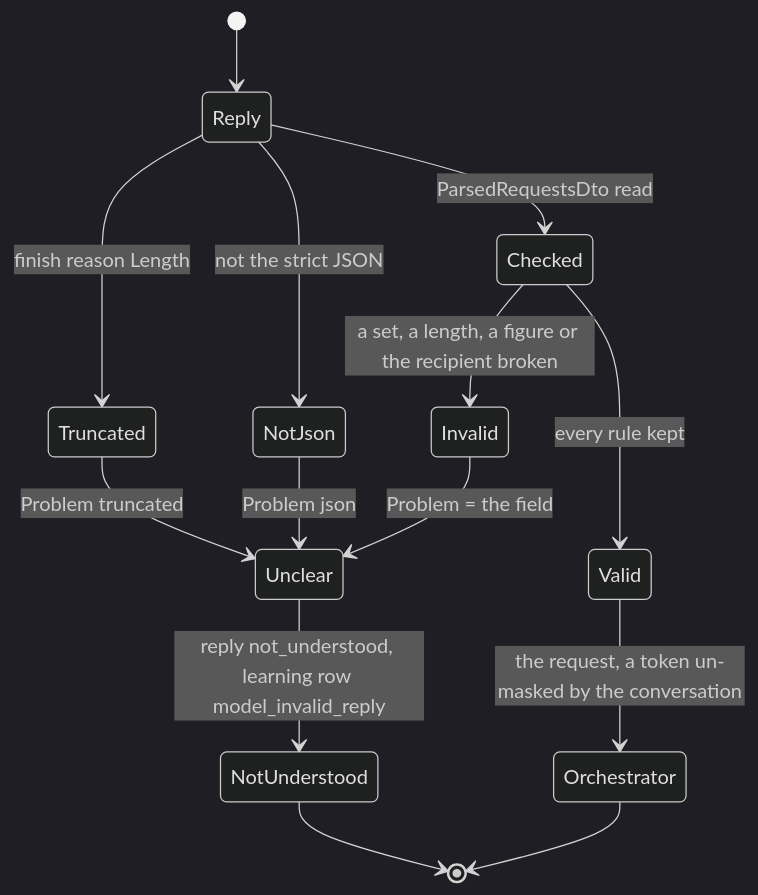
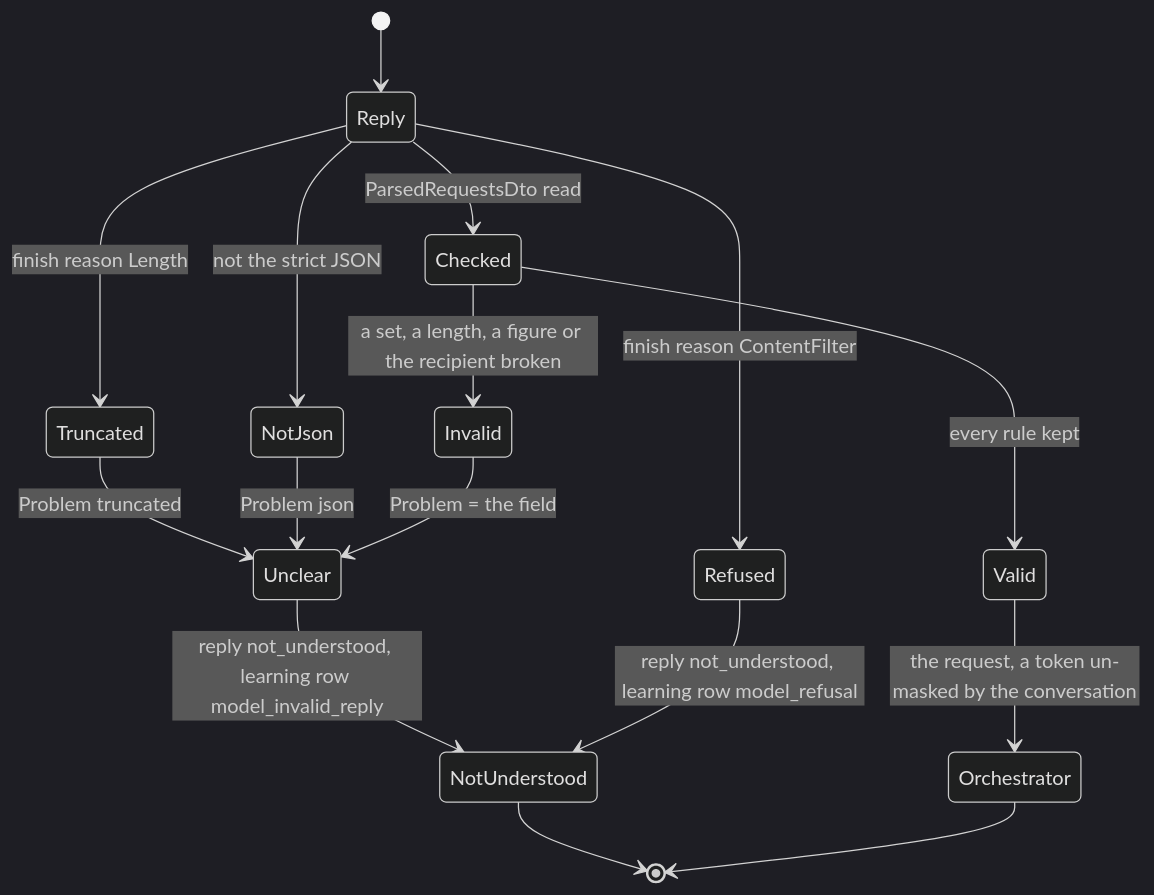
One commit to Khalil-Alhadidi/Naqoli changed the second of 2 diagrams in docs/agent-model.md. Above: the diagram before and after it, drawn with Mermaid (dark theme). The commit also changed other lines of this file and 10 other files, not shown here.

Commit message:
feat(agent): a model refusal is its own path: not_understood, traced and logged as model_refusal (Khalil, 16 Oct 2026)

````diff
--- a/docs/agent-model.md
+++ b/docs/agent-model.md
@@ -84,16 +84,18 @@
 ```mermaid
 stateDiagram-v2
     [*] --> Reply
     Reply --> Truncated: finish reason Length
+    Reply --> Refused: finish reason ContentFilter
     Reply --> NotJson: not the strict JSON
     Reply --> Checked: ParsedRequestsDto read
     Checked --> Invalid: a set, a length, a figure or the recipient broken
     Checked --> Valid: every rule kept
     Truncated --> Unclear: Problem truncated
     NotJson --> Unclear: Problem json
     Invalid --> Unclear: Problem = the field
     Unclear --> NotUnderstood: reply not_understood, learning row model_invalid_reply
+    Refused --> NotUnderstood: reply not_understood, learning row model_refusal
     Valid --> Orchestrator: the request, a token un-masked by the conversation
     NotUnderstood --> [*]
     Orchestrator --> [*]
 ```
````
